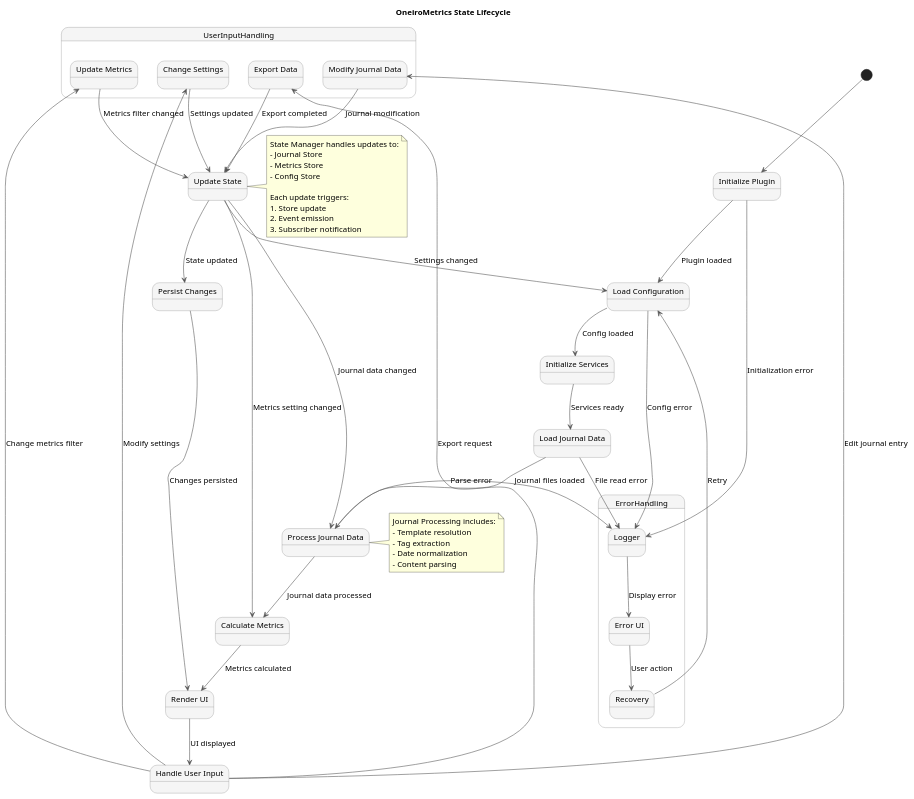
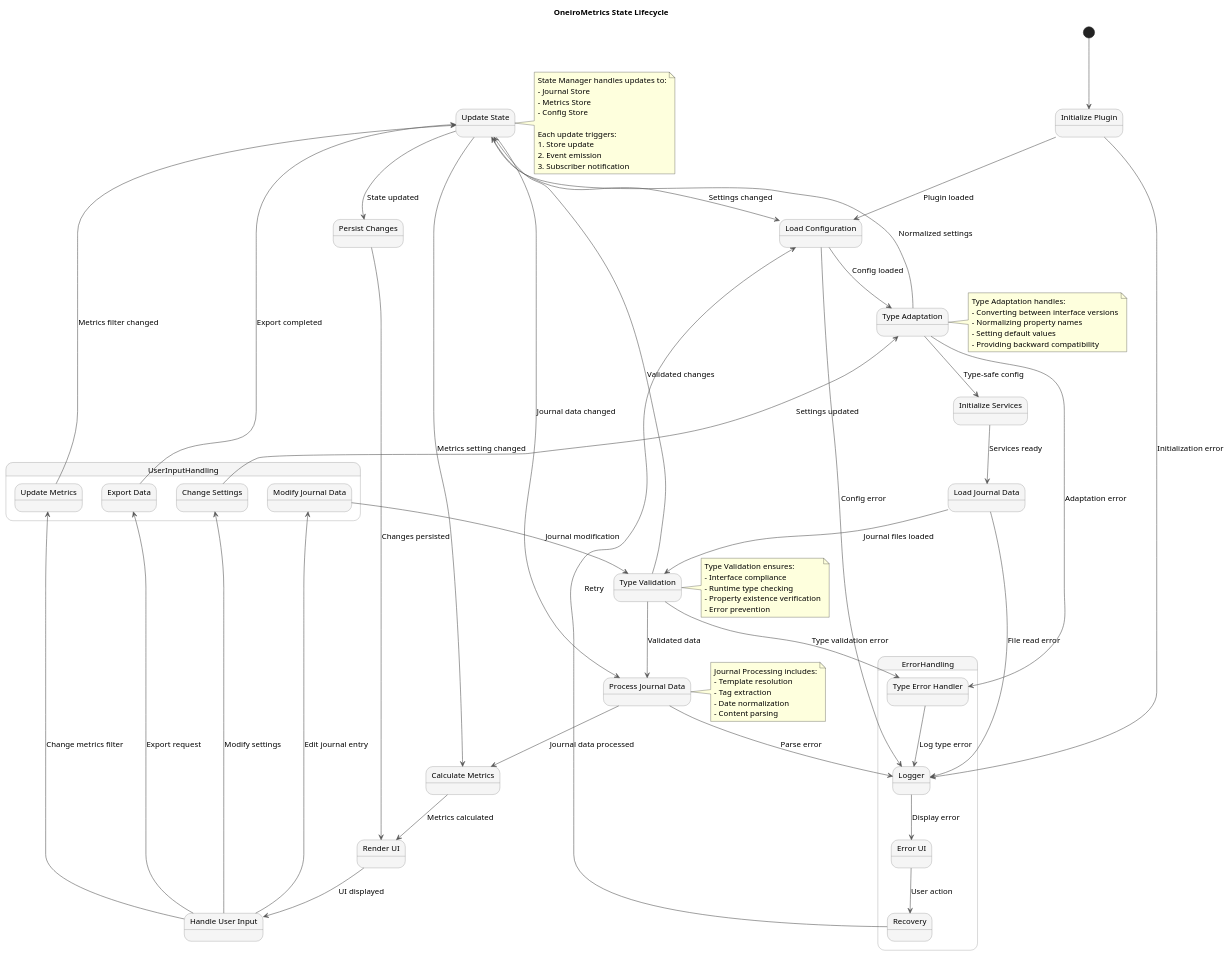
One commit to banisterious/obsidian-oneirometrics changed the diagram in docs/developer/architecture/diagrams/Oom-Architecture-State-Lifecycle.puml. Above: the diagram before and after it, drawn with PlantUML. The commit also changed 6 other files, not shown here.

Commit message:
docs: update TypeScript documentation and diagrams - add Best Practices guide, create/update diagrams, update doc plan

```diff
--- a/docs/developer/architecture/diagrams/Oom-Architecture-State-Lifecycle.puml
+++ b/docs/developer/architecture/diagrams/Oom-Architecture-State-Lifecycle.puml
@@ -1,95 +1,121 @@
 @startuml State Lifecycle
 
 skinparam {
   stateBorderColor #777777
   stateBackgroundColor #f5f5f5
   stateStartColor #4caf50
   stateEndColor #f44336
   arrowColor #555555
   backgroundColor #FFFFFF
   defaultFontSize 14
   defaultFontName Arial
 }
 
 title OneiroMetrics State Lifecycle
 
 state "Initialize Plugin" as Init
 state "Load Configuration" as LoadConfig
 state "Initialize Services" as InitServices
 state "Load Journal Data" as LoadData
 state "Process Journal Data" as ProcessData
 state "Calculate Metrics" as CalcMetrics
 state "Render UI" as RenderUI
 state "Handle User Input" as UserInput
 state "Update State" as UpdateState
 state "Persist Changes" as Persist
+state "Type Validation" as TypeValidation
+state "Type Adaptation" as TypeAdaptation
 
 [*] --> Init
 Init --> LoadConfig : Plugin loaded
-LoadConfig --> InitServices : Config loaded
+LoadConfig --> TypeAdaptation : Config loaded
+TypeAdaptation --> InitServices : Type-safe config
 InitServices --> LoadData : Services ready
-LoadData --> ProcessData : Journal files loaded
+LoadData --> TypeValidation : Journal files loaded
+TypeValidation --> ProcessData : Validated data
 ProcessData --> CalcMetrics : Journal data processed
 CalcMetrics --> RenderUI : Metrics calculated
 RenderUI --> UserInput : UI displayed
 
 state UserInputHandling {
   state "Modify Journal Data" as ModifyJournal
   state "Update Metrics" as UpdateMetrics
   state "Change Settings" as ChangeSettings
   state "Export Data" as ExportData
   
   UserInput --> ModifyJournal : Edit journal entry
   UserInput --> UpdateMetrics : Change metrics filter
   UserInput --> ChangeSettings : Modify settings
   UserInput --> ExportData : Export request
 }
 
-ModifyJournal --> UpdateState : Journal modification
+ModifyJournal --> TypeValidation : Journal modification
+TypeValidation --> UpdateState : Validated changes
 UpdateMetrics --> UpdateState : Metrics filter changed
-ChangeSettings --> UpdateState : Settings updated
+ChangeSettings --> TypeAdaptation : Settings updated
+TypeAdaptation --> UpdateState : Normalized settings
 ExportData --> UpdateState : Export completed
 
 UpdateState --> ProcessData : Journal data changed
 UpdateState --> CalcMetrics : Metrics setting changed
 UpdateState --> LoadConfig : Settings changed
 UpdateState --> Persist : State updated
 
 Persist --> RenderUI : Changes persisted
 
 state ErrorHandling {
   state "Logger" as Logger
   state "Error UI" as ErrorUI
   state "Recovery" as Recovery
+  state "Type Error Handler" as TypeErrorHandler
   
   Init -down-> Logger : Initialization error
   LoadConfig -down-> Logger : Config error
   LoadData -down-> Logger : File read error
   ProcessData -down-> Logger : Parse error
+  TypeValidation -down-> TypeErrorHandler : Type validation error
+  TypeAdaptation -down-> TypeErrorHandler : Adaptation error
   
+  TypeErrorHandler --> Logger : Log type error
   Logger --> ErrorUI : Display error
   ErrorUI --> Recovery : User action
   Recovery --> LoadConfig : Retry
 }
 
 note right of UpdateState
   State Manager handles updates to:
   - Journal Store
   - Metrics Store 
   - Config Store
   
   Each update triggers:
   1. Store update
   2. Event emission
   3. Subscriber notification
 end note
 
 note right of ProcessData
   Journal Processing includes:
   - Template resolution
   - Tag extraction
   - Date normalization
   - Content parsing
 end note
 
+note right of TypeValidation
+  Type Validation ensures:
+  - Interface compliance
+  - Runtime type checking
+  - Property existence verification
+  - Error prevention
+end note
+
+note right of TypeAdaptation
+  Type Adaptation handles:
+  - Converting between interface versions
+  - Normalizing property names
+  - Setting default values
+  - Providing backward compatibility
+end note
+
 @enduml 
```
